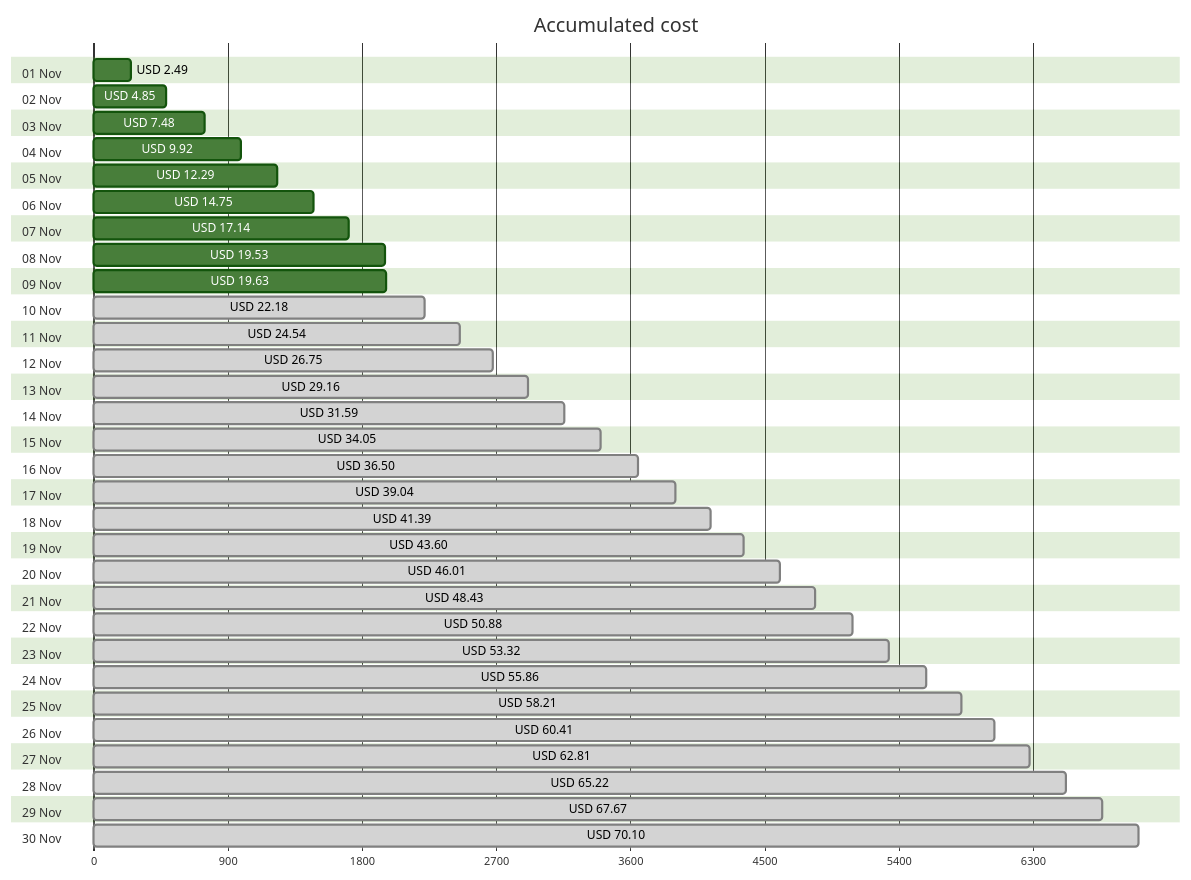
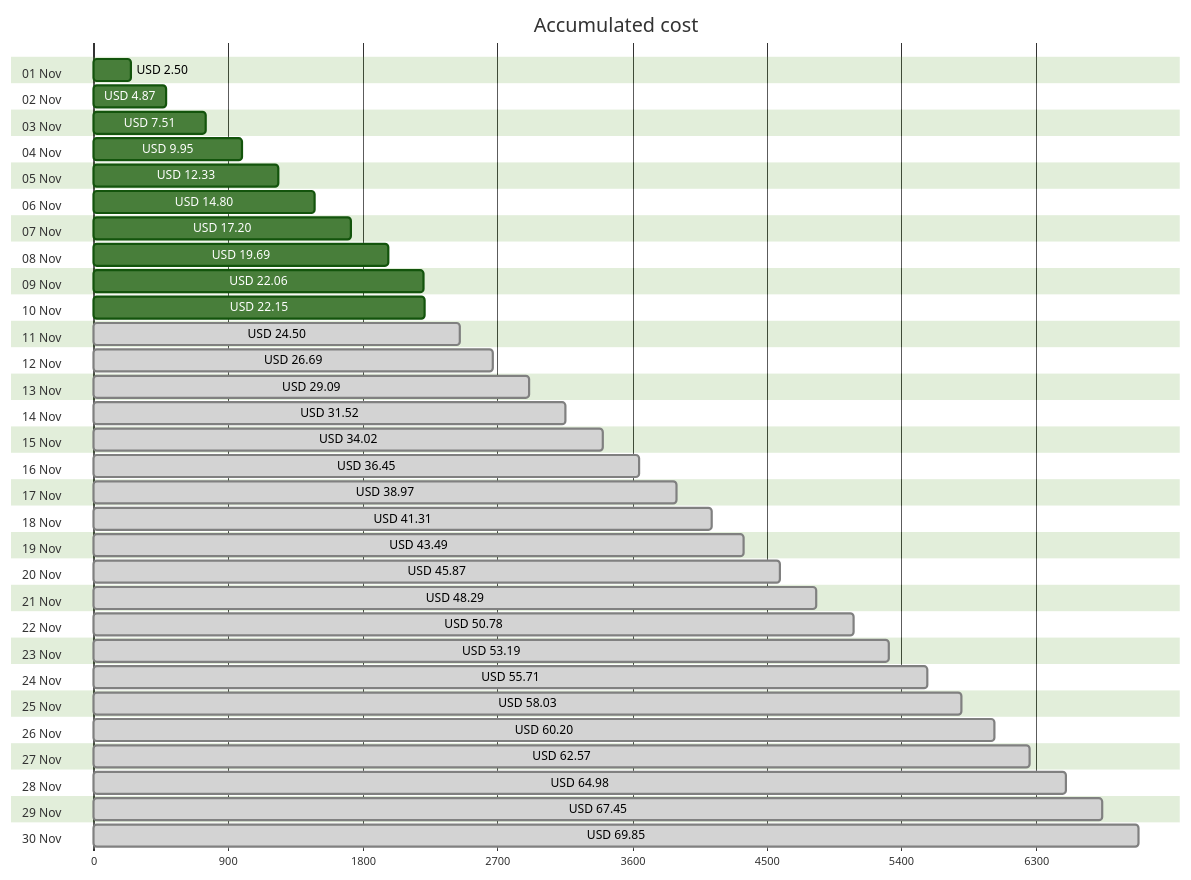
One commit to jpfulton/azure-personal-reports changed the first of 4 diagrams in cost-reports/accumulated-cost.md. Above: the diagram before and after it, drawn with Mermaid (forest theme). The commit also changed other lines of this file and 4 other files, not shown here.

````diff
--- a/cost-reports/accumulated-cost.md
+++ b/cost-reports/accumulated-cost.md
@@ -20,66 +20,66 @@
 ```mermaid
 gantt
    title Accumulated cost
    dateFormat  X
    axisFormat %s
    section 01 Nov
-   USD 2.49 :0, 249
+   USD 2.50 :0, 250
    section 02 Nov
-   USD 4.85 :0, 485
+   USD 4.87 :0, 487
    section 03 Nov
-   USD 7.48 :0, 748
+   USD 7.51 :0, 751
    section 04 Nov
-   USD 9.92 :0, 992
+   USD 9.95 :0, 995
    section 05 Nov
-   USD 12.29 :0, 1229
+   USD 12.33 :0, 1233
    section 06 Nov
-   USD 14.75 :0, 1475
+   USD 14.80 :0, 1480
    section 07 Nov
-   USD 17.14 :0, 1714
+   USD 17.20 :0, 1720
    section 08 Nov
-   USD 19.53 :0, 1953
+   USD 19.69 :0, 1969
    section 09 Nov
-   USD 19.63 :0, 1963
+   USD 22.06 :0, 2206
    section 10 Nov
-   USD 22.18 : done, 0, 2218
+   USD 22.15 :0, 2215
    section 11 Nov
-   USD 24.54 : done, 0, 2454
+   USD 24.50 : done, 0, 2450
    section 12 Nov
-   USD 26.75 : done, 0, 2675
+   USD 26.69 : done, 0, 2669
    section 13 Nov
-   USD 29.16 : done, 0, 2916
+   USD 29.09 : done, 0, 2909
    section 14 Nov
-   USD 31.59 : done, 0, 3159
+   USD 31.52 : done, 0, 3152
    section 15 Nov
-   USD 34.05 : done, 0, 3405
+   USD 34.02 : done, 0, 3402
    section 16 Nov
-   USD 36.50 : done, 0, 3650
+   USD 36.45 : done, 0, 3645
    section 17 Nov
-   USD 39.04 : done, 0, 3904
+   USD 38.97 : done, 0, 3897
    section 18 Nov
-   USD 41.39 : done, 0, 4139
+   USD 41.31 : done, 0, 4131
    section 19 Nov
-   USD 43.60 : done, 0, 4360
+   USD 43.49 : done, 0, 4349
    section 20 Nov
-   USD 46.01 : done, 0, 4601
+   USD 45.87 : done, 0, 4587
    section 21 Nov
-   USD 48.43 : done, 0, 4843
+   USD 48.29 : done, 0, 4829
    section 22 Nov
-   USD 50.88 : done, 0, 5088
+   USD 50.78 : done, 0, 5078
    section 23 Nov
-   USD 53.32 : done, 0, 5332
+   USD 53.19 : done, 0, 5319
    section 24 Nov
-   USD 55.86 : done, 0, 5586
+   USD 55.71 : done, 0, 5571
    section 25 Nov
-   USD 58.21 : done, 0, 5821
+   USD 58.03 : done, 0, 5803
    section 26 Nov
-   USD 60.41 : done, 0, 6041
+   USD 60.20 : done, 0, 6020
    section 27 Nov
-   USD 62.81 : done, 0, 6281
+   USD 62.57 : done, 0, 6257
    section 28 Nov
-   USD 65.22 : done, 0, 6522
+   USD 64.98 : done, 0, 6498
    section 29 Nov
-   USD 67.67 : done, 0, 6767
+   USD 67.45 : done, 0, 6745
    section 30 Nov
-   USD 70.10 : done, 0, 7010
+   USD 69.85 : done, 0, 6985
 ```
````
